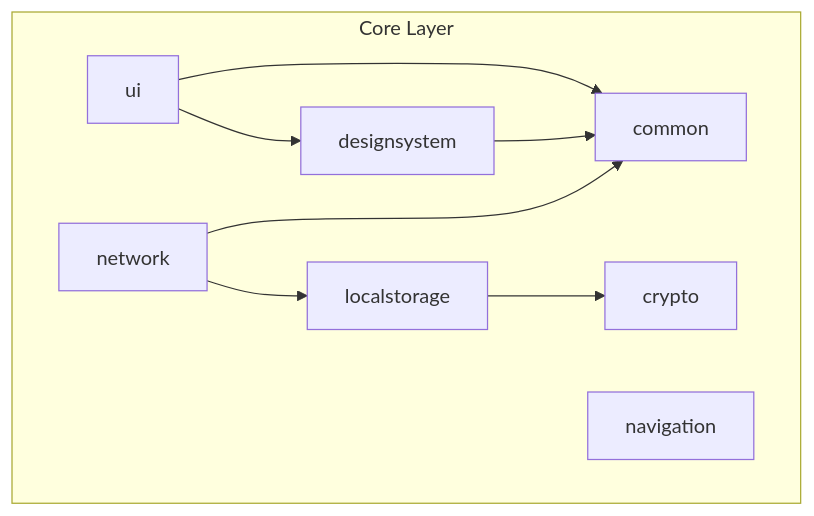
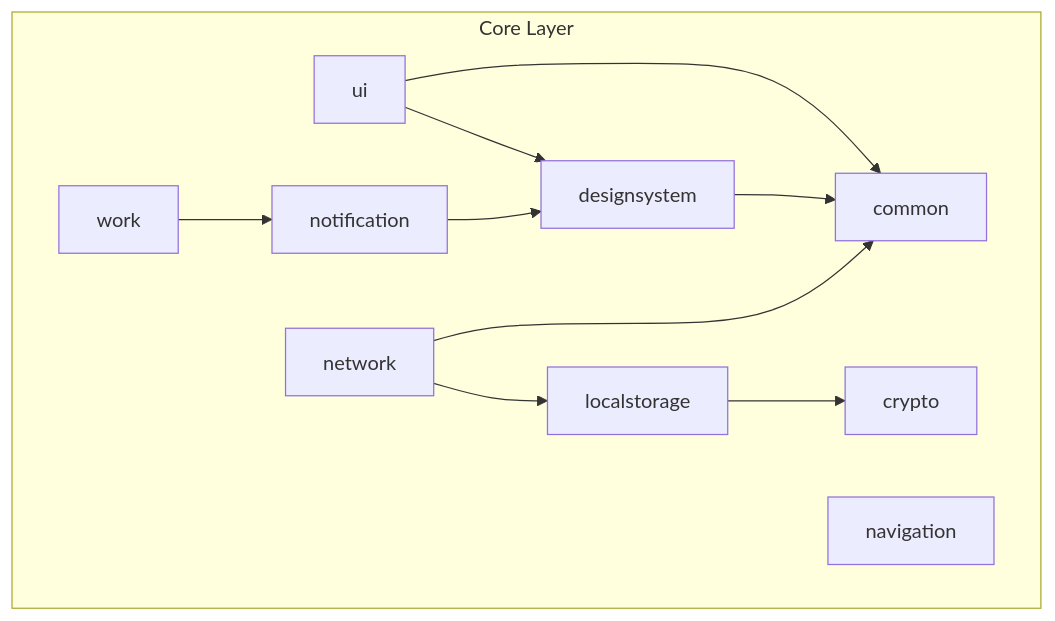
One commit to Hi-lingual/Hilingual-Android changed the fourth of 4 diagrams in README.md. Above: the diagram before and after it, drawn with Mermaid. The commit also changed other lines of this file, not shown here.

````diff
--- a/README.md
+++ b/README.md
@@ -165,19 +162,23 @@
 ```mermaid
 graph TD
     subgraph Core Layer
         ui["ui"]
         designsystem["designsystem"]
         network["network"]
         localstorage["localstorage"]
         common["common"]
         crypto["crypto"]
         navigation["navigation"]
+        work["work"]
+        notification["notification"]
     end
 
     ui --> designsystem
     ui --> common
     designsystem --> common
     network --> localstorage
     network --> common
     localstorage --> crypto
+    work --> notification
+    notification --> designsystem
 ```
````
